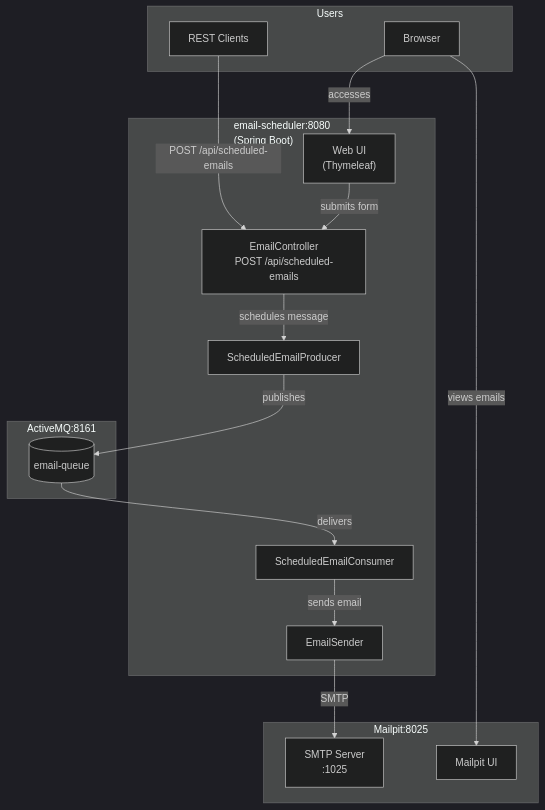
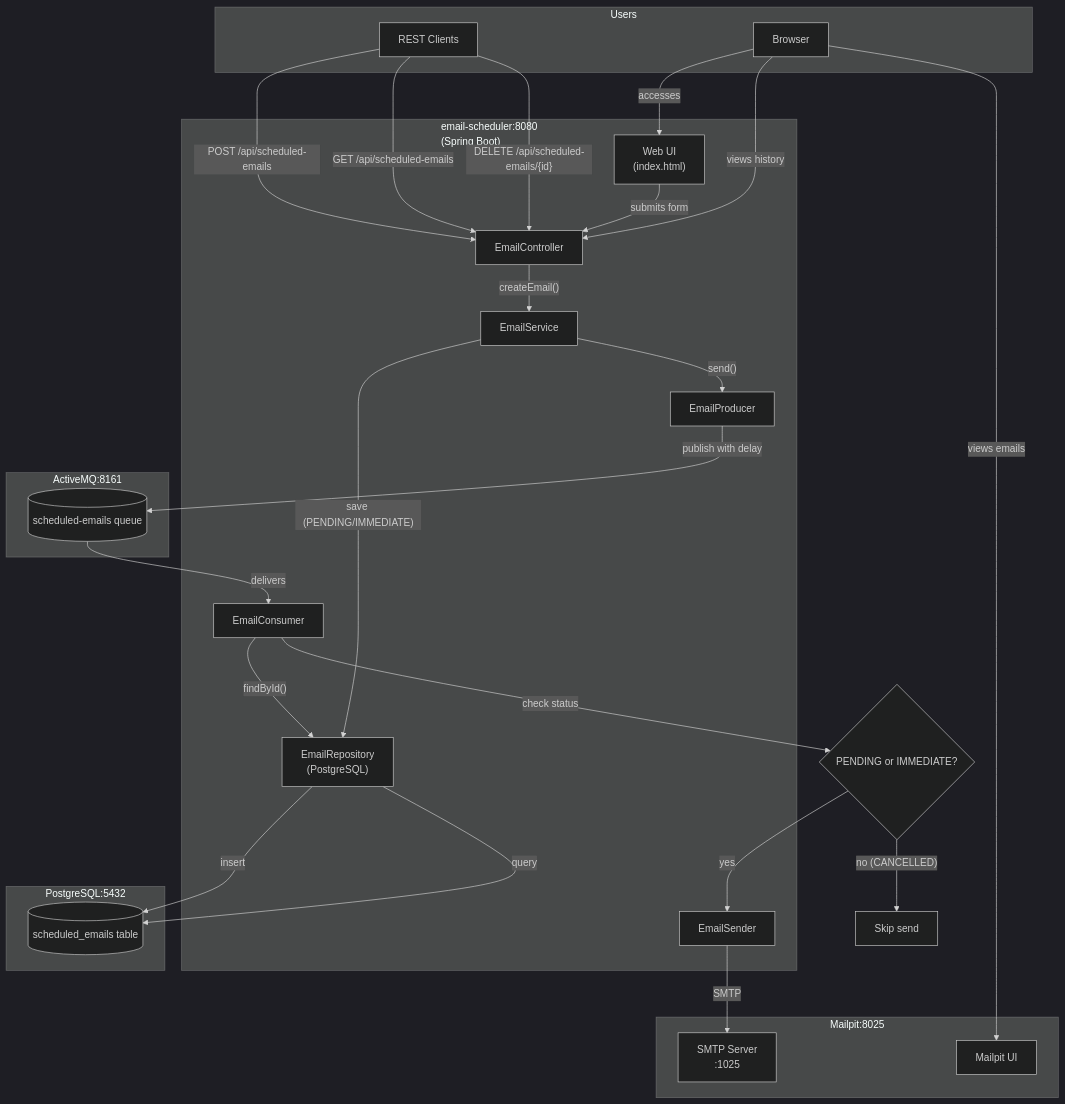
One commit to ivangfr/spring-boot-activemq-mailpit changed the diagram in README.md. Above: the diagram before and after it, drawn with Mermaid (dark theme). The commit also changed other lines of this file and 23 other files, not shown here.

First line of the commit message:
feat: add cancelable email scheduling with history panel

````diff
--- a/README.md
+++ b/README.md
@@ -14,34 +14,51 @@
 ```mermaid
 flowchart TB
     subgraph users ["Users"]
         HTTP["REST Clients"]
         Browser["Browser"]
     end
 
     subgraph email-scheduler ["email-scheduler:8080\n(Spring Boot)"]
-        RestCtrl["EmailController\nPOST /api/scheduled-emails"]
-        WebUI["Web UI\n(Thymeleaf)"]
-        JMSProducer["ScheduledEmailProducer"]
-        JMSConsumer["ScheduledEmailConsumer"]
-        MailSender["EmailSender"]
+        EmailController["EmailController"]
+        EmailService["EmailService"]
+        EmailRepository["EmailRepository\n(PostgreSQL)"]
+        EmailProducer["EmailProducer"]
+        EmailConsumer["EmailConsumer"]
+        EmailSender["EmailSender"]
+        WebUI["Web UI\n(index.html)"]
     end
 
     subgraph activemq ["ActiveMQ:8161"]
-        Queue[("email-queue")]
+        Queue[("scheduled-emails queue")]
+    end
+
+    subgraph postgres ["PostgreSQL:5432"]
+        DB[("scheduled_emails table")]
     end
 
     subgraph mailpit ["Mailpit:8025"]
         SMTP["SMTP Server\n:1025"]
         MailpitUI["Mailpit UI"]
     end
 
-    HTTP -->|"POST /api/scheduled-emails"| RestCtrl
+    HTTP -->|"POST /api/scheduled-emails"| EmailController
+    HTTP -->|"GET /api/scheduled-emails"| EmailController
+    HTTP -->|"DELETE /api/scheduled-emails/{id}"| EmailController
     Browser -->|"accesses"| WebUI
-    WebUI -->|"submits form"| RestCtrl
+    WebUI -->|"submits form"| EmailController
+    Browser -->|"views history"| EmailController
     Browser -->|"views emails"| MailpitUI
-    RestCtrl -->|"schedules message"| JMSProducer
-    JMSProducer -->|"publishes"| Queue
-    Queue -->|"delivers"| JMSConsumer
-    JMSConsumer -->|"sends email"| MailSender
-    MailSender -->|"SMTP"| SMTP
+
+    EmailController -->|"createEmail()"| EmailService
+    EmailService -->|"save (PENDING/IMMEDIATE)"| EmailRepository
+    EmailRepository -->|"insert"| DB
+    EmailService -->|"send()"| EmailProducer
+    EmailProducer -->|"publish with delay"| Queue
+    Queue -->|"delivers"| EmailConsumer
+    EmailConsumer -->|"findById()"| EmailRepository
+    EmailRepository -->|"query"| DB
+    EmailConsumer -->|"check status"| EmailStatus{"PENDING or IMMEDIATE?"}
+    EmailStatus -->|"yes"| EmailSender
+    EmailSender -->|"SMTP"| SMTP
+    EmailStatus -->|"no (CANCELLED)"| Skip["Skip send"]
 ```
````
